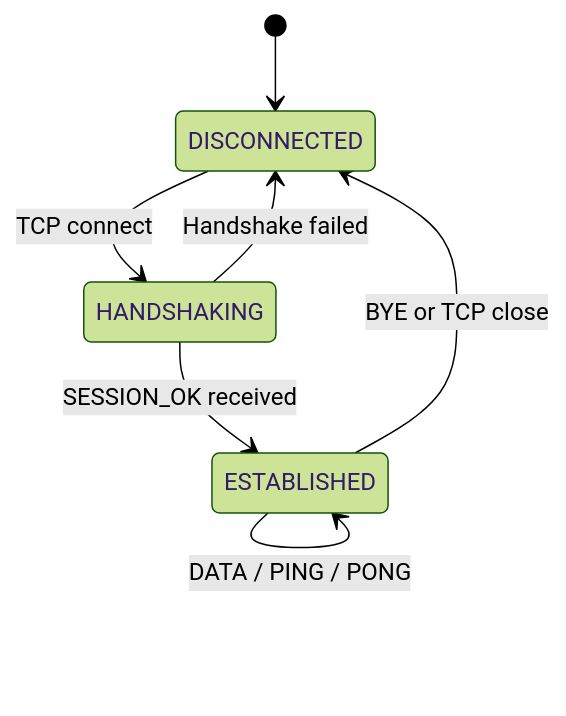
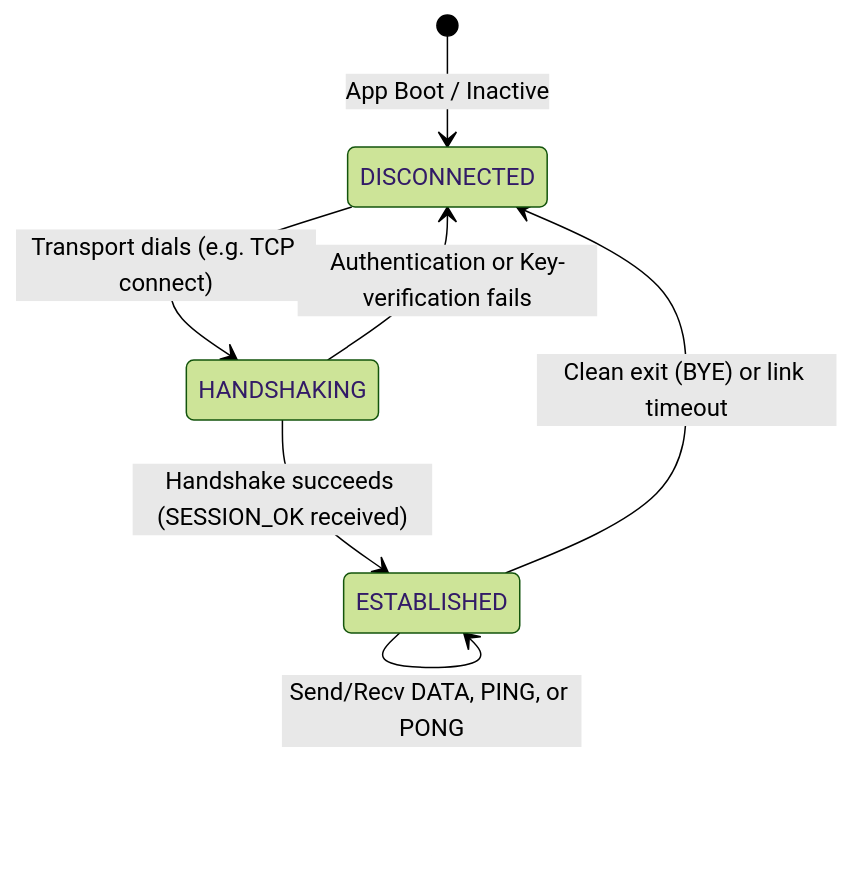
Before and after one commit to metaloomlabs/usmp: the diagram in docs/protocol/overview.md, drawn with Mermaid (forest theme). The commit also changed other lines of this file and 33 other files, not shown here.

````diff
--- a/docs/protocol/overview.md
+++ b/docs/protocol/overview.md
@@ -47,9 +47,9 @@
 ```mermaid
 stateDiagram-v2
-    [*] --> DISCONNECTED
-    DISCONNECTED --> HANDSHAKING : TCP connect
-    HANDSHAKING --> ESTABLISHED : SESSION_OK received
-    HANDSHAKING --> DISCONNECTED : Handshake failed
-    ESTABLISHED --> ESTABLISHED : DATA / PING / PONG
-    ESTABLISHED --> DISCONNECTED : BYE or TCP close
+    [*] --> DISCONNECTED : App Boot / Inactive
+    DISCONNECTED --> HANDSHAKING : Transport dials (e.g. TCP connect)
+    HANDSHAKING --> ESTABLISHED : Handshake succeeds (SESSION_OK received)
+    HANDSHAKING --> DISCONNECTED : Authentication or Key-verification fails
+    ESTABLISHED --> ESTABLISHED : Send/Recv DATA, PING, or PONG
+    ESTABLISHED --> DISCONNECTED : Clean exit (BYE) or link timeout
 ```
````
